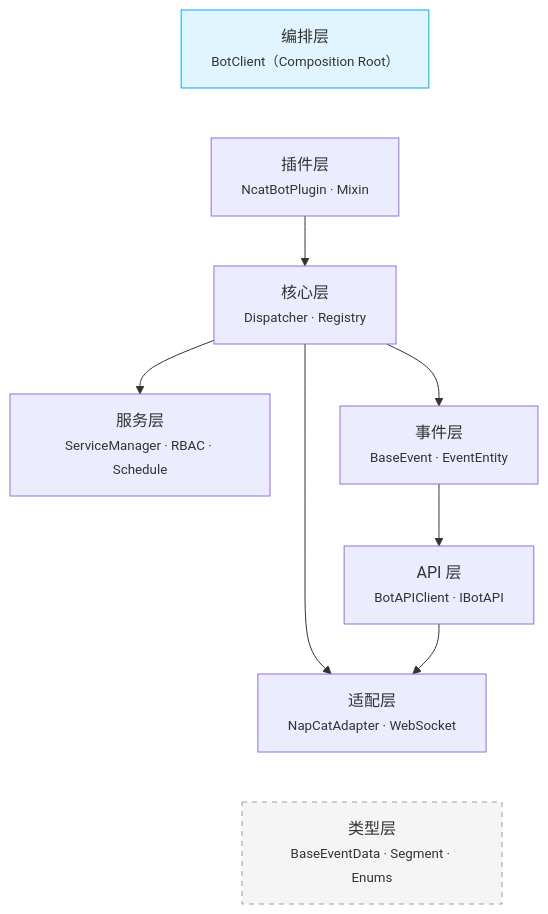
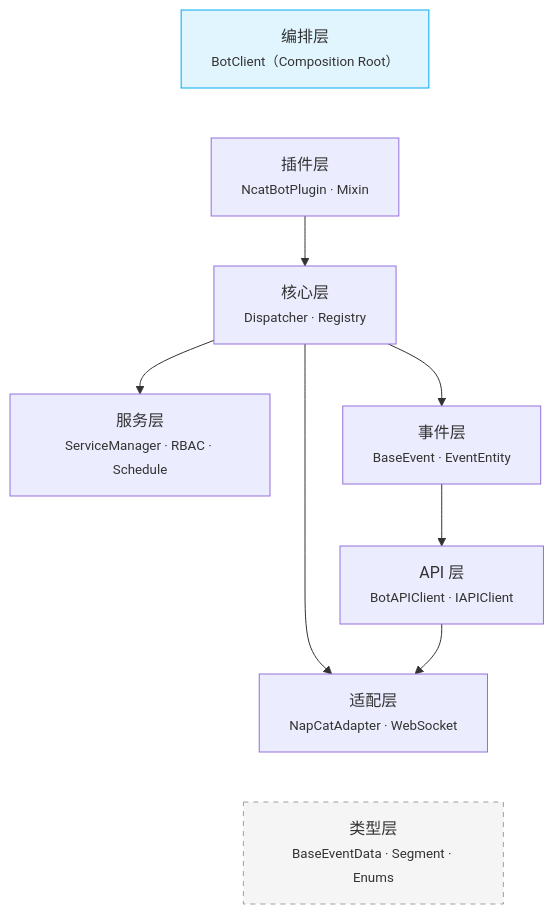
Before and after one commit to Sparrived/ncatbot: the diagram in docs/contributing/design_decisions/README.md, drawn with Mermaid. The commit also changed other lines of this file and 91 other files, not shown here.

````diff
--- a/docs/contributing/design_decisions/README.md
+++ b/docs/contributing/design_decisions/README.md
@@ -17,23 +17,23 @@
 ```mermaid
 graph TB
     App["编排层<br/><small>BotClient（Composition Root）</small>"]
     Plugin["插件层<br/><small>NcatBotPlugin · Mixin</small>"]
     Service["服务层<br/><small>ServiceManager · RBAC · Schedule</small>"]
     Core["核心层<br/><small>Dispatcher · Registry</small>"]
-    API["API 层<br/><small>BotAPIClient · IBotAPI</small>"]
+    API["API 层<br/><small>BotAPIClient · IAPIClient</small>"]
     Event["事件层<br/><small>BaseEvent · EventEntity</small>"]
     Adapter["适配层<br/><small>NapCatAdapter · WebSocket</small>"]
     Types["类型层<br/><small>BaseEventData · Segment · Enums</small>"]
 
     App ~~~ Plugin
     Plugin --> Core
     Core --> Service
     Core --> Event
     Core --> Adapter
     Event --> API
     API --> Adapter
     Adapter ~~~ Types
 
     style App fill:#e1f5fe,stroke:#03a9f4
     style Types fill:#f5f5f5,stroke:#9e9e9e,stroke-dasharray: 5 5
 ```
````
